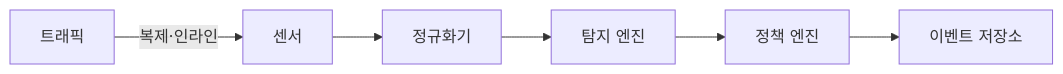
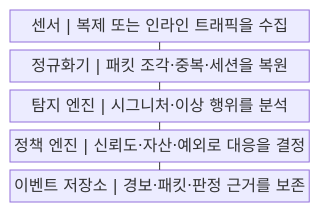
The first of 2 diagrams in src/content/docs/notes/04-network/021_ids_ips.md (agnusdei1207/knowledge-base), drawn with Mermaid before and after one commit. The commit also changed other lines of this file and 20 other files, not shown here.

````diff
--- a/src/content/docs/notes/04-network/021_ids_ips.md
+++ b/src/content/docs/notes/04-network/021_ids_ips.md
@@ -58,9 +58,13 @@
 ```mermaid
-flowchart LR
-    T["트래픽"]
-    T -->|복제·인라인| S["센서"]
-    S --> N["정규화기"]
-    N --> D["탐지 엔진"]
-    D --> P["정책 엔진"]
-    P --> E["이벤트 저장소"]
+block
+    columns 1
+    A["센서 | 복제 또는 인라인 트래픽을 수집"]
+    B["정규화기 | 패킷 조각·중복·세션을 복원"]
+    C["탐지 엔진 | 시그니처·이상 행위를 분석"]
+    D["정책 엔진 | 신뢰도·자산·예외로 대응을 결정"]
+    E["이벤트 저장소 | 경보·패킷·판정 근거를 보존"]
+    A --- B
+    B --- C
+    C --- D
+    D --- E
 ```
````
